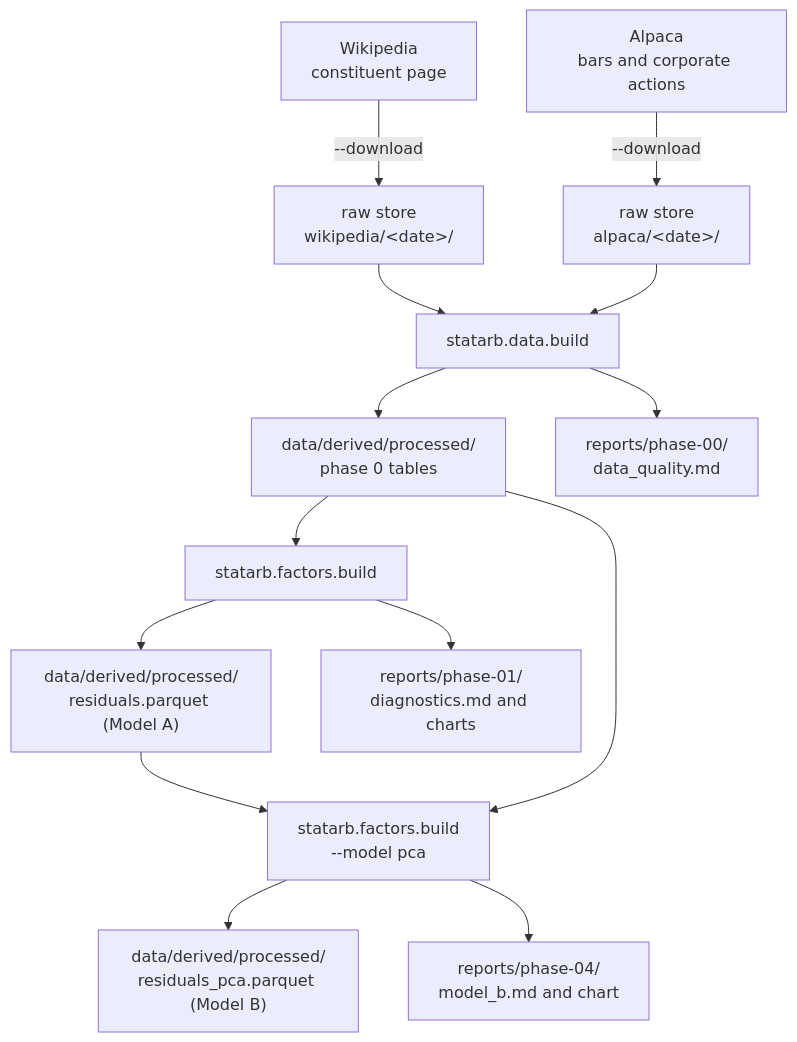
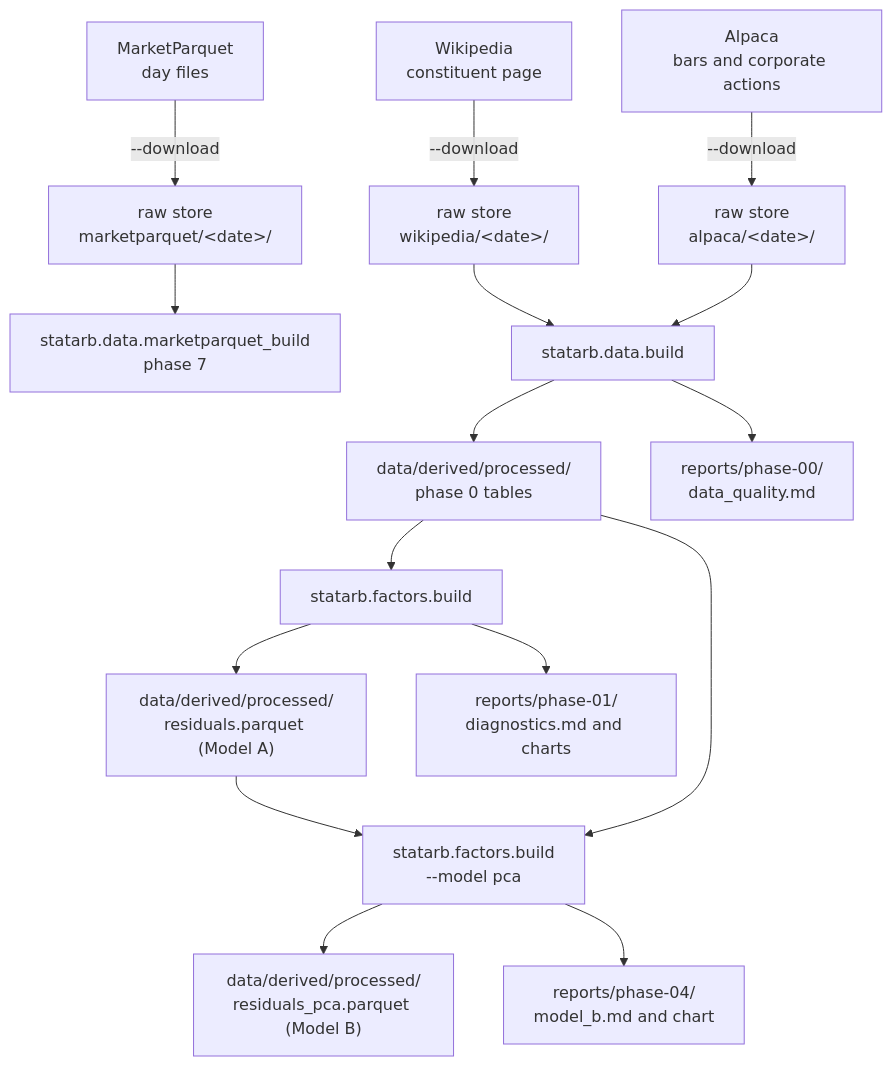
Before and after one commit to tcrossland/stat-arb-from-scratch: the first of 3 diagrams in docs/architecture.md, drawn with Mermaid. The commit also changed other lines of this file and 10 other files, not shown here.

````diff
--- a/docs/architecture.md
+++ b/docs/architecture.md
@@ -9,16 +9,18 @@
 ```mermaid
 flowchart TB
     W["Wikipedia<br/>constituent page"] -->|--download| RW["raw store<br/>wikipedia/&lt;date&gt;/"]
     A["Alpaca<br/>bars and corporate actions"] -->|--download| RA["raw store<br/>alpaca/&lt;date&gt;/"]
+    M["MarketParquet<br/>day files"] -->|--download| RM["raw store<br/>marketparquet/&lt;date&gt;/"]
+    RM --> MB["statarb.data.marketparquet_build<br/>phase 7"]
     RW --> B["statarb.data.build"]
     RA --> B
     B --> P["data/derived/processed/<br/>phase 0 tables"]
     B --> Q["reports/phase-00/<br/>data_quality.md"]
     P --> F["statarb.factors.build"]
     F --> RS["data/derived/processed/<br/>residuals.parquet (Model A)"]
     F --> FR["reports/phase-01/<br/>diagnostics.md and charts"]
     RS --> FB["statarb.factors.build<br/>--model pca"]
     P --> FB
     FB --> RB["data/derived/processed/<br/>residuals_pca.parquet (Model B)"]
     FB --> FBR["reports/phase-04/<br/>model_b.md and chart"]
 ```
````
